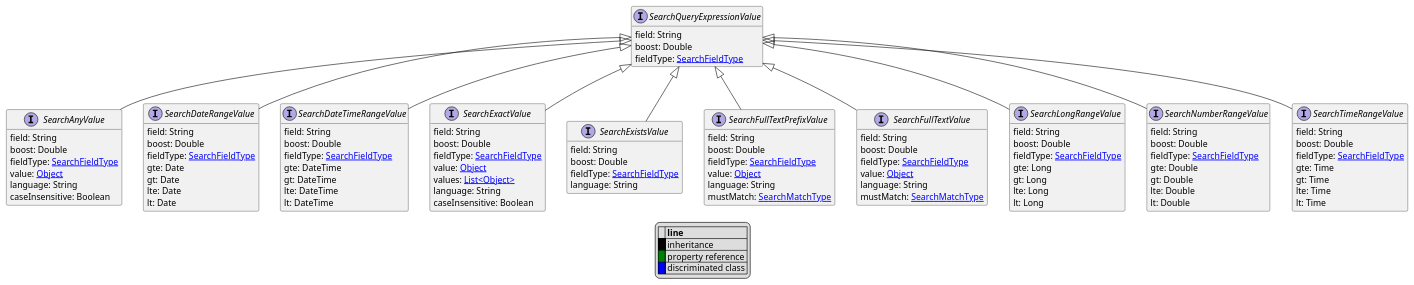
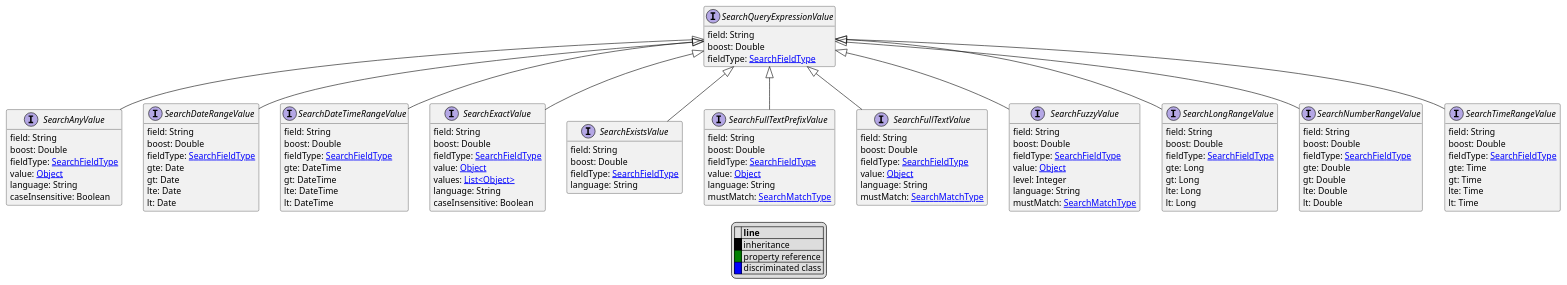
Before and after one commit to commercetools/commercetools-api-reference: the diagram in uml/api/SearchQueryExpressionValue.puml, drawn with PlantUML. The commit also changed 12 other files, not shown here.

```diff
--- a/uml/api/SearchQueryExpressionValue.puml
+++ b/uml/api/SearchQueryExpressionValue.puml
@@ -1,105 +1,114 @@
 @startuml
 
 hide empty fields
 hide empty methods
 legend
 |= |= line |
 |<back:black>   </back>| inheritance |
 |<back:green>   </back>| property reference |
 |<back:blue>   </back>| discriminated class |
 endlegend
 interface SearchQueryExpressionValue [[SearchQueryExpressionValue.svg]]  {
     field: String
     boost: Double
     fieldType: [[SearchFieldType.svg SearchFieldType]]
 }
 
 interface SearchAnyValue [[SearchAnyValue.svg]] extends SearchQueryExpressionValue {
     field: String
     boost: Double
     fieldType: [[SearchFieldType.svg SearchFieldType]]
     value: [[Object.svg Object]]
     language: String
     caseInsensitive: Boolean
 }
 interface SearchDateRangeValue [[SearchDateRangeValue.svg]] extends SearchQueryExpressionValue {
     field: String
     boost: Double
     fieldType: [[SearchFieldType.svg SearchFieldType]]
     gte: Date
     gt: Date
     lte: Date
     lt: Date
 }
 interface SearchDateTimeRangeValue [[SearchDateTimeRangeValue.svg]] extends SearchQueryExpressionValue {
     field: String
     boost: Double
     fieldType: [[SearchFieldType.svg SearchFieldType]]
     gte: DateTime
     gt: DateTime
     lte: DateTime
     lt: DateTime
 }
 interface SearchExactValue [[SearchExactValue.svg]] extends SearchQueryExpressionValue {
     field: String
     boost: Double
     fieldType: [[SearchFieldType.svg SearchFieldType]]
     value: [[Object.svg Object]]
     values: [[Object.svg List<Object>]]
     language: String
     caseInsensitive: Boolean
 }
 interface SearchExistsValue [[SearchExistsValue.svg]] extends SearchQueryExpressionValue {
     field: String
     boost: Double
     fieldType: [[SearchFieldType.svg SearchFieldType]]
     language: String
 }
 interface SearchFullTextPrefixValue [[SearchFullTextPrefixValue.svg]] extends SearchQueryExpressionValue {
     field: String
     boost: Double
     fieldType: [[SearchFieldType.svg SearchFieldType]]
     value: [[Object.svg Object]]
     language: String
     mustMatch: [[SearchMatchType.svg SearchMatchType]]
 }
 interface SearchFullTextValue [[SearchFullTextValue.svg]] extends SearchQueryExpressionValue {
     field: String
     boost: Double
     fieldType: [[SearchFieldType.svg SearchFieldType]]
     value: [[Object.svg Object]]
     language: String
     mustMatch: [[SearchMatchType.svg SearchMatchType]]
 }
+interface SearchFuzzyValue [[SearchFuzzyValue.svg]] extends SearchQueryExpressionValue {
+    field: String
+    boost: Double
+    fieldType: [[SearchFieldType.svg SearchFieldType]]
+    value: [[Object.svg Object]]
+    level: Integer
+    language: String
+    mustMatch: [[SearchMatchType.svg SearchMatchType]]
+}
 interface SearchLongRangeValue [[SearchLongRangeValue.svg]] extends SearchQueryExpressionValue {
     field: String
     boost: Double
     fieldType: [[SearchFieldType.svg SearchFieldType]]
     gte: Long
     gt: Long
     lte: Long
     lt: Long
 }
 interface SearchNumberRangeValue [[SearchNumberRangeValue.svg]] extends SearchQueryExpressionValue {
     field: String
     boost: Double
     fieldType: [[SearchFieldType.svg SearchFieldType]]
     gte: Double
     gt: Double
     lte: Double
     lt: Double
 }
 interface SearchTimeRangeValue [[SearchTimeRangeValue.svg]] extends SearchQueryExpressionValue {
     field: String
     boost: Double
     fieldType: [[SearchFieldType.svg SearchFieldType]]
     gte: Time
     gt: Time
     lte: Time
     lt: Time
 }
 
 
 
 
 @enduml
```
